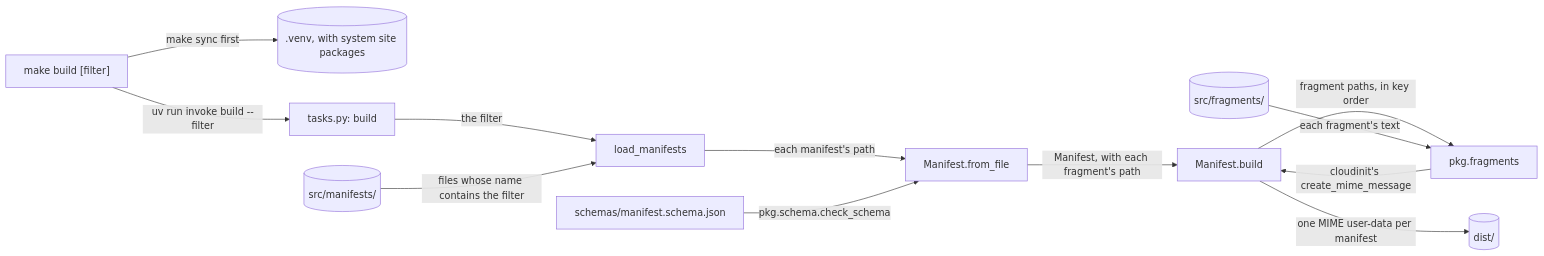
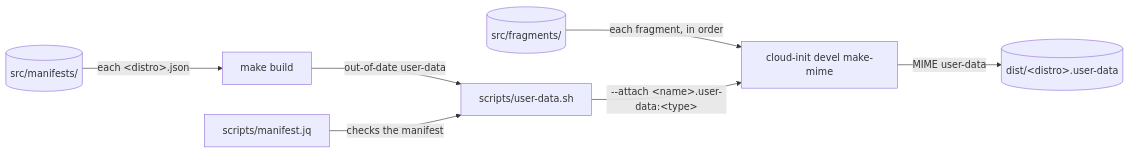
One commit to froazin/wsl changed the diagram in docs/build.md. Above: the diagram before and after it, drawn with Mermaid. The commit also changed other lines of this file and 31 other files, not shown here.

First line of the commit message:
refactor(tooling): Build with make, jq and the cloud-init CLI

````diff
--- a/docs/build.md
+++ b/docs/build.md
@@ -27,16 +27,11 @@
 ```mermaid
 flowchart LR
     accTitle: How make build turns the manifests into dist
-    accDescr: make build sets up the venv with make sync, then runs invoke build. The build task calls load_manifests, which picks the manifests in src/manifests whose file name contains the filter. Manifest.from_file reads each one, checks it with pkg.schema against schemas/manifest.schema.json and resolves its fragment names to paths in src/fragments. Manifest.build passes the paths to pkg.fragments, which joins them with cloud-init's create_mime_message and returns the user-data, which build writes to dist.
-    make["make build [filter]"] -->|"make sync first"| venv[(".venv, with system site packages")]
-    make -->|"uv run invoke build --filter"| task["tasks.py: build"]
-    task -->|"the filter"| find["load_manifests"]
-    manifests[("src/manifests/")] -->|"files whose name contains the filter"| find
-    find -->|"each manifest's path"| load["Manifest.from_file"]
-    schema["schemas/manifest.schema.json"] -->|"pkg.schema.check_schema"| load
-    load -->|"Manifest, with each fragment's path"| build["Manifest.build"]
-    build -->|"fragment paths, in key order"| join["pkg.fragments"]
-    fragments[("src/fragments/")] -->|"each fragment's text"| join
-    join -->|"cloudinit's create_mime_message"| build
-    build -->|"one MIME user-data per manifest"| dist[("dist/")]
+    accDescr: make build makes a dist user-data for each manifest in src/manifests, and runs scripts/user-data.sh for each one that's out of date. The script checks the manifest with scripts/manifest.jq, then passes its fragments from src/fragments, in order, to cloud-init devel make-mime, and writes the result to dist.
+    manifests[("src/manifests/")] -->|"each #lt;distro#gt;.json"| make["make build"]
+    make -->|"out-of-date user-data"| script["scripts/user-data.sh"]
+    jq["scripts/manifest.jq"] -->|"checks the manifest"| script
+    fragments[("src/fragments/")] -->|"each fragment, in order"| mime["cloud-init devel make-mime"]
+    script -->|"--attach #lt;name#gt;.user-data:#lt;type#gt;"| mime
+    mime -->|"MIME user-data"| dist[("dist/#lt;distro#gt;.user-data")]
 ```
````
